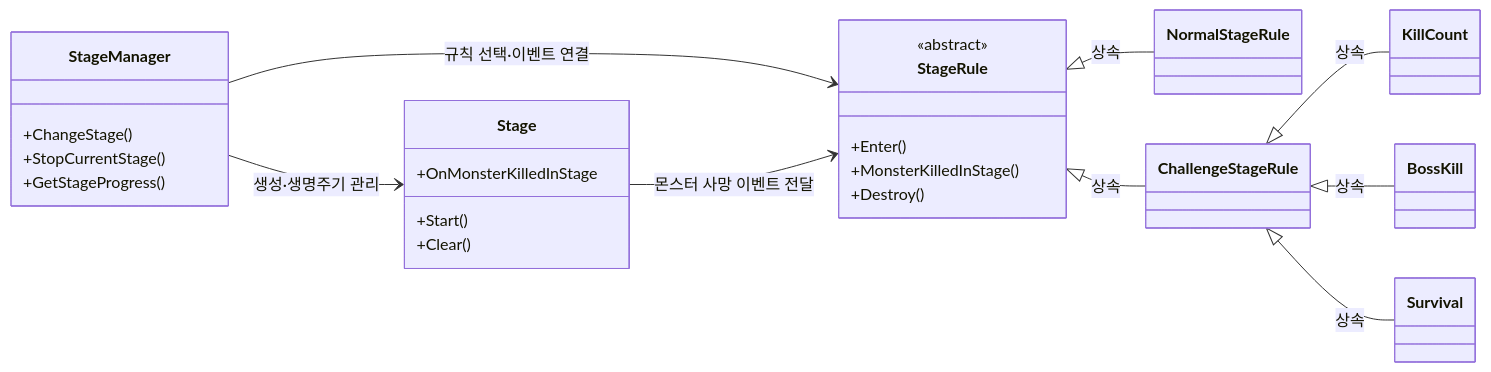
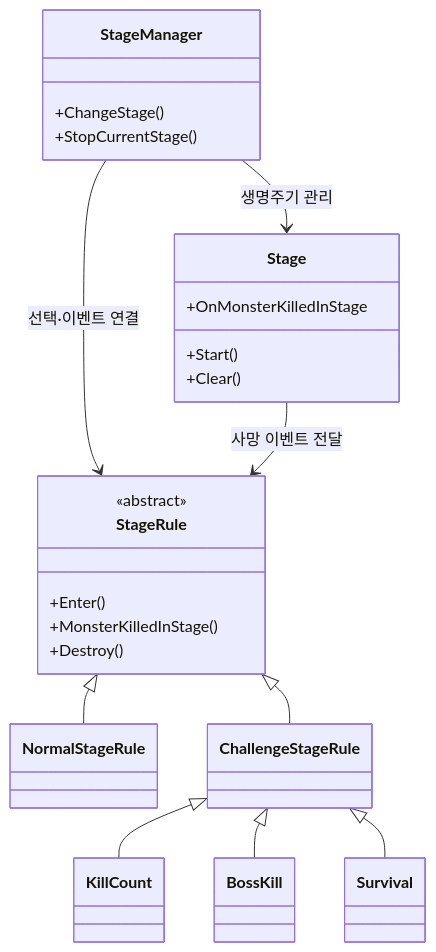
The fourth of 10 diagrams in README.md (ks0521/ks0521.github.io), drawn with Mermaid before and after one commit. The commit also changed other lines of this file, not shown here.

````diff
--- a/README.md
+++ b/README.md
@@ -205,34 +338,32 @@
 ```mermaid
 classDiagram
-    direction LR
     class StageManager {
         +ChangeStage()
         +StopCurrentStage()
-        +GetStageProgress()
     }
     class Stage {
         +Start()
         +Clear()
         +OnMonsterKilledInStage
     }
     class StageRule {
         <<abstract>>
         +Enter()
         +MonsterKilledInStage()
         +Destroy()
     }
     class NormalStageRule
     class ChallengeStageRule
     class KillCount
     class BossKill
     class Survival
 
-    StageManager --> Stage : 생성·생명주기 관리
-    StageManager --> StageRule : 규칙 선택·이벤트 연결
-    Stage --> StageRule : 몬스터 사망 이벤트 전달
-    StageRule <|-- NormalStageRule : 상속
-    StageRule <|-- ChallengeStageRule : 상속
-    ChallengeStageRule <|-- KillCount : 상속
-    ChallengeStageRule <|-- BossKill : 상속
-    ChallengeStageRule <|-- Survival : 상속
+    StageManager --> Stage : 생명주기 관리
+    StageManager --> StageRule : 선택·이벤트 연결
+    Stage --> StageRule : 사망 이벤트 전달
+    StageRule <|-- NormalStageRule
+    StageRule <|-- ChallengeStageRule
+    ChallengeStageRule <|-- KillCount
+    ChallengeStageRule <|-- BossKill
+    ChallengeStageRule <|-- Survival
 ```
````
